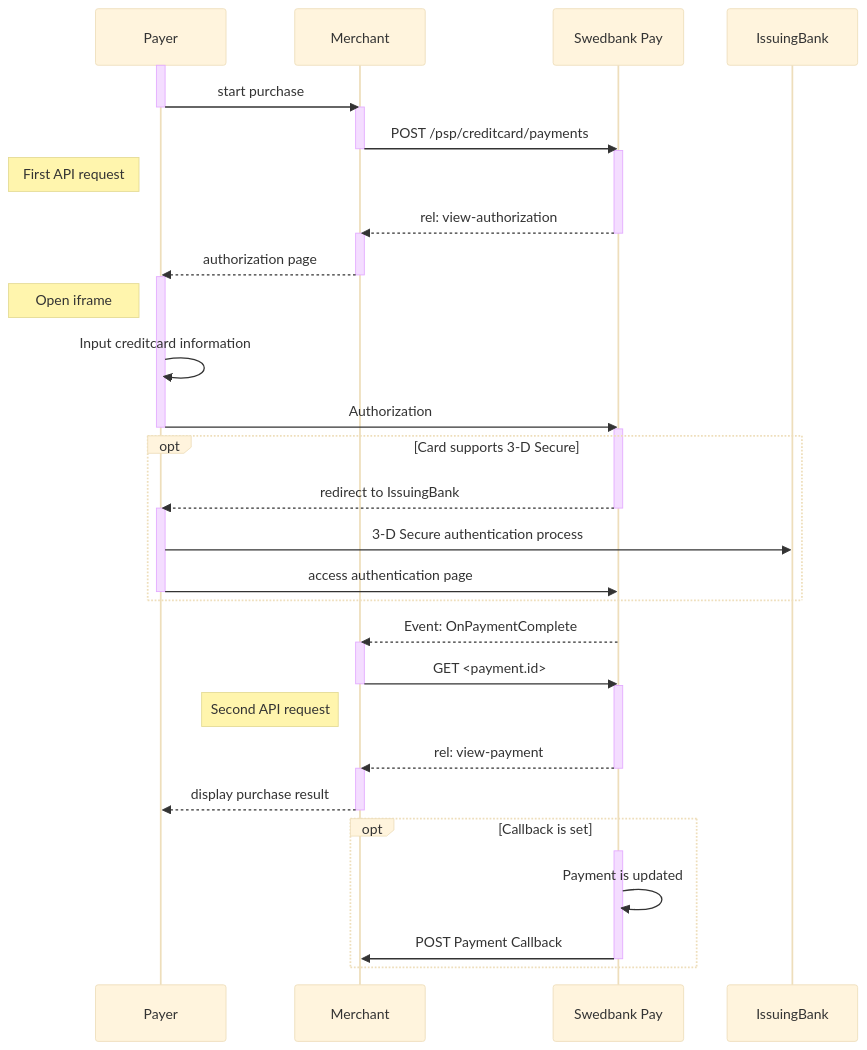
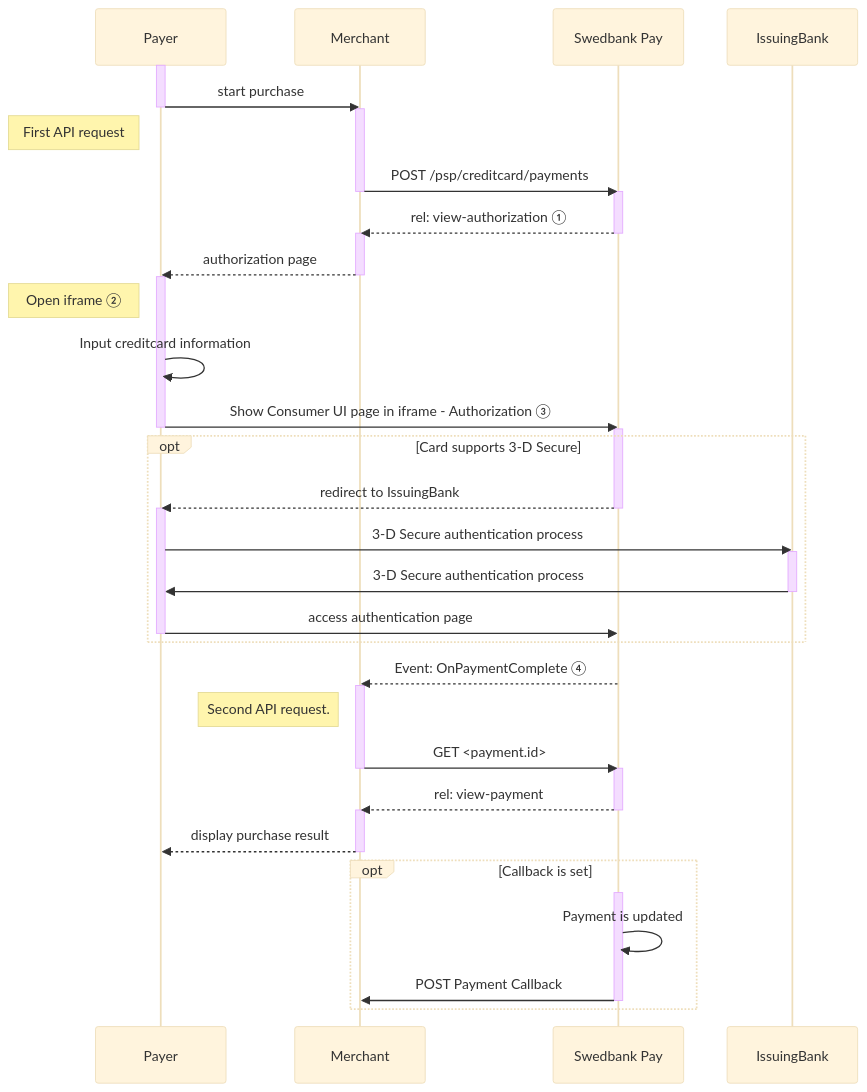
The diagram in payments/card/seamless-view.md (SwedbankPay/developer.swedbankpay.com), drawn with Mermaid (base theme) before and after one commit. The commit also changed other lines of this file and 1 other file, not shown here.

Commit message:
Shortened introduction by spreading elements to other places in seamless view and other features. Fixes in sequence diagram. Added explainations points for sequence diagram. Typo fixes.'

````diff
--- a/payments/card/seamless-view.md
+++ b/payments/card/seamless-view.md
@@ -52,42 +35,44 @@
 ```mermaid
 sequenceDiagram
     participant Payer
     participant Merchant
     participant SwedbankPay as Swedbank Pay
 
     activate Payer
     Payer->>-Merchant: start purchase
     activate Merchant
+    note left of Payer: First API request
     Merchant->>-SwedbankPay: POST /psp/creditcard/payments
     activate SwedbankPay
-    note left of Payer: First API request
-    SwedbankPay-->>-Merchant: rel: view-authorization
+    SwedbankPay-->>-Merchant: rel: view-authorization ①
     activate Merchant
     Merchant-->>-Payer: authorization page
     activate Payer
-    note left of Payer: Open iframe
+    note left of Payer: Open iframe ②
     Payer->>Payer: Input creditcard information
-    Payer->>-SwedbankPay: Authorization
+    Payer->>-SwedbankPay: Show Consumer UI page in iframe - Authorization ③
     activate SwedbankPay
         opt Card supports 3-D Secure
         SwedbankPay-->>-Payer: redirect to IssuingBank
         activate Payer
         Payer->>IssuingBank: 3-D Secure authentication process
+        activate IssuingBank
+        IssuingBank->>-Payer: 3-D Secure authentication process
         Payer->>-SwedbankPay: access authentication page
         end
-    SwedbankPay-->>Merchant: Event: OnPaymentComplete
+    SwedbankPay-->>Merchant: Event: OnPaymentComplete ④
     activate Merchant
+    note left of Merchant: Second API request.
     Merchant->>-SwedbankPay: GET <payment.id>
     activate SwedbankPay
-    note left of Merchant: Second API request
     SwedbankPay-->>-Merchant: rel: view-payment
     activate Merchant
     Merchant-->>-Payer: display purchase result
     activate Payer
 
         opt Callback is set
         activate SwedbankPay
         SwedbankPay->>SwedbankPay: Payment is updated
         SwedbankPay->>-Merchant: POST Payment Callback
         end
 ```
````
